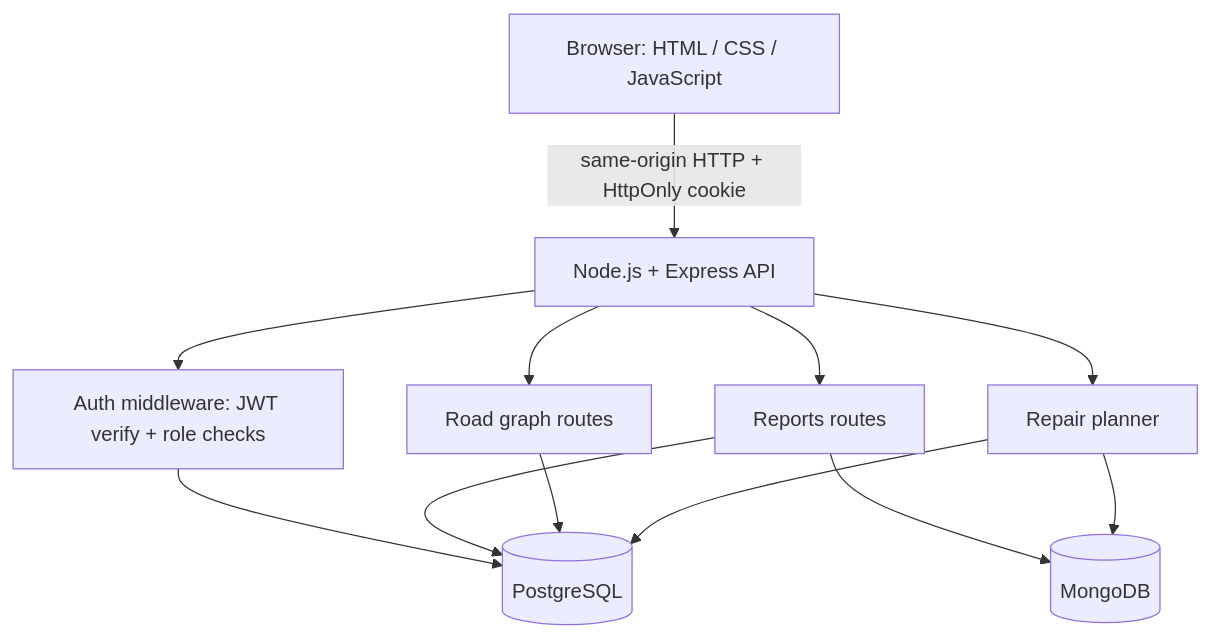
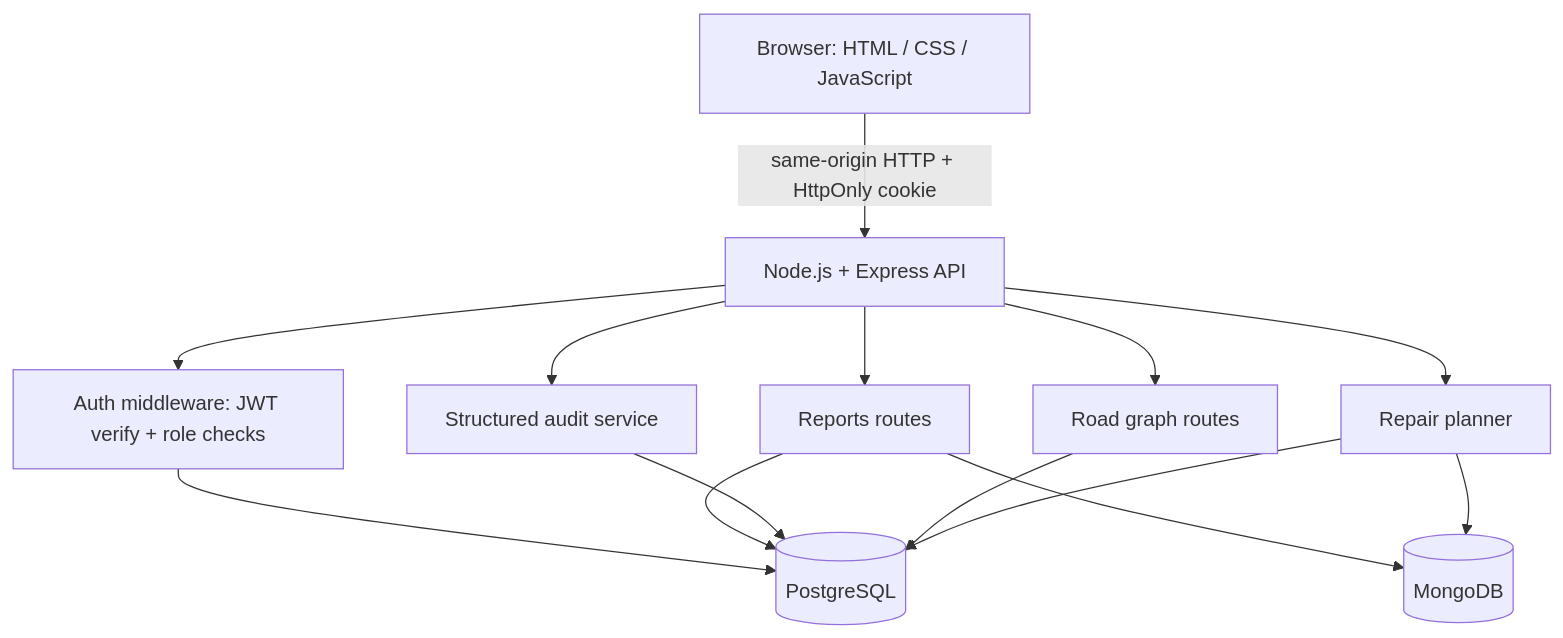
Before and after one commit to ayushpainuly1234-ui/civicfix: the diagram in docs/ARCHITECTURE.md, drawn with Mermaid. The commit also changed other lines of this file and 9 other files, not shown here.

````diff
--- a/docs/ARCHITECTURE.md
+++ b/docs/ARCHITECTURE.md
@@ -11,14 +11,16 @@
 ```mermaid
 flowchart TD
   Browser[Browser: HTML / CSS / JavaScript] -->|same-origin HTTP + HttpOnly cookie| Express[Node.js + Express API]
   Express --> Auth[Auth middleware: JWT verify + role checks]
   Express --> Reports[Reports routes]
+  Express --> Audit[Structured audit service]
   Express --> Graph[Road graph routes]
   Express --> Planner[Repair planner]
   Auth --> PG[(PostgreSQL)]
   Reports --> Mongo[(MongoDB)]
   Reports --> PG
+  Audit --> PG
   Graph --> PG
   Planner --> PG
   Planner --> Mongo
 ```
````
